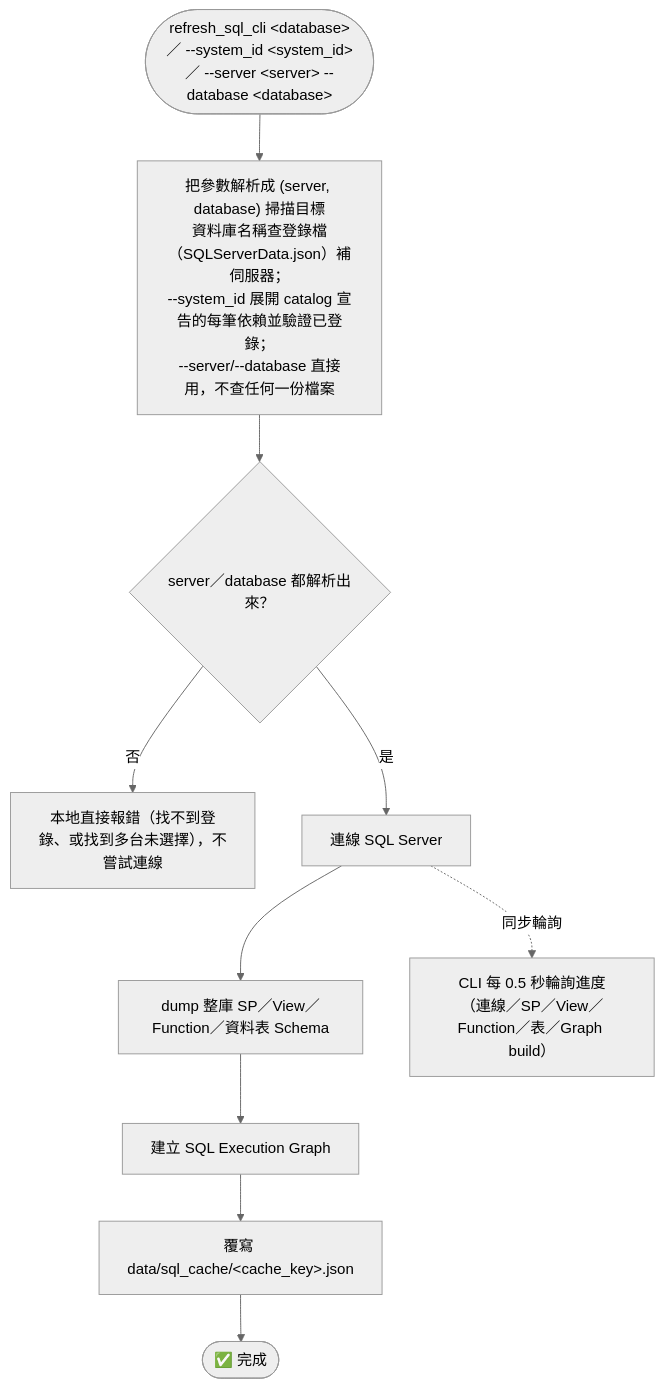
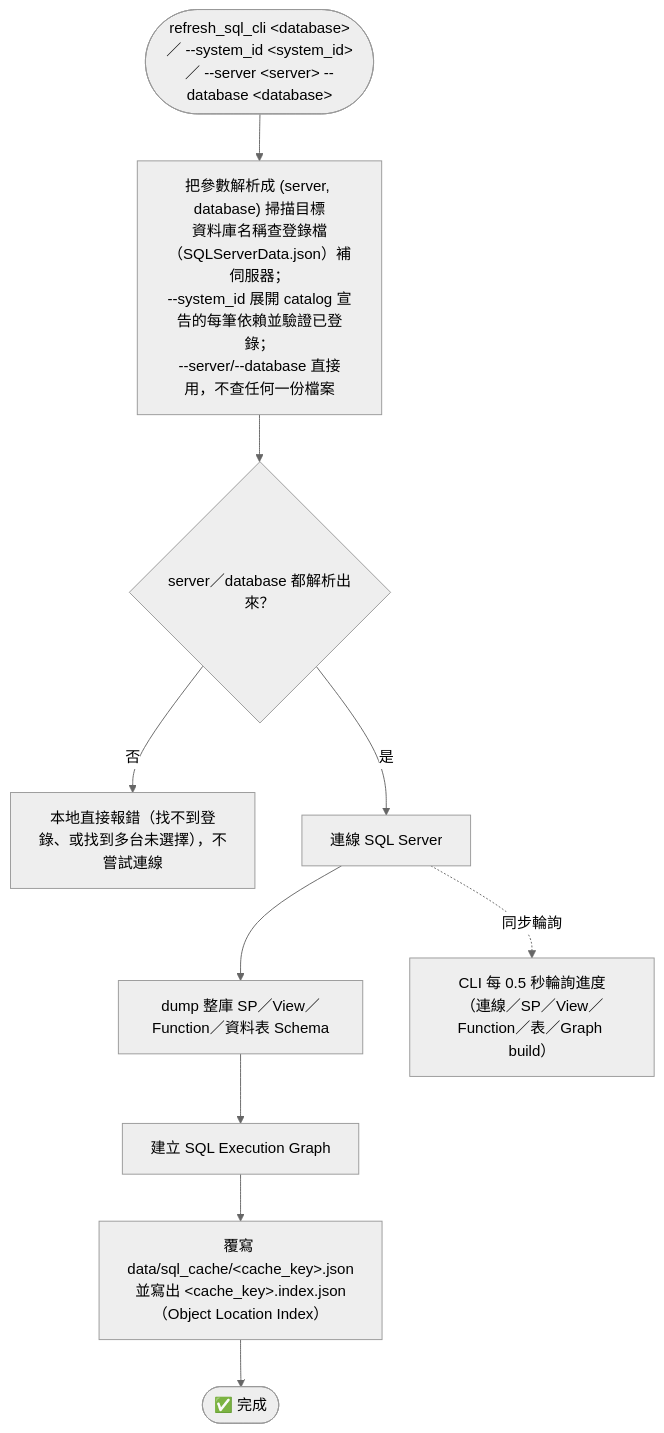
The fourth of 4 diagrams in docs/流程圖.md (vy088772/Impact_analysis_system), drawn with Mermaid (neutral theme) before and after one commit. The commit also changed other lines of this file and 3 other files, not shown here.

First line of the commit message:
``` feat(docs): 更新流程圖與維護文件，新增 Object Location Index 相關內容

````diff
--- a/docs/流程圖.md
+++ b/docs/流程圖.md
@@ -99,13 +109,13 @@
 ```mermaid
 flowchart TD
     Start(["refresh_sql_cli &lt;database&gt;<br/>／ --system_id &lt;system_id&gt;<br/>／ --server &lt;server&gt; --database &lt;database&gt;"]) --> Resolve["把參數解析成 (server, database) 掃描目標<br/>資料庫名稱查登錄檔（SQLServerData.json）補伺服器；<br/>--system_id 展開 catalog 宣告的每筆依賴並驗證已登錄；<br/>--server/--database 直接用，不查任何一份檔案"]
     Resolve --> Check{"server／database 都解析出來？"}
     Check -- 否 --> ClientErr["本地直接報錯（找不到登錄、或找到多台未選擇），不嘗試連線"]
     Check -- 是 --> Connect["連線 SQL Server"]
     Connect --> Dump["dump 整庫 SP／View／Function／資料表 Schema"]
     Dump --> Build["建立 SQL Execution Graph"]
-    Build --> Save["覆寫 data/sql_cache/&lt;cache_key&gt;.json"]
+    Build --> Save["覆寫 data/sql_cache/&lt;cache_key&gt;.json<br/>並寫出 &lt;cache_key&gt;.index.json<br/>（Object Location Index）"]
     Save --> Done(["✅ 完成"])
 
     Connect -.同步輪詢.-> Poll["CLI 每 0.5 秒輪詢進度<br/>（連線／SP／View／Function／表／Graph build）"]
 ```
````
